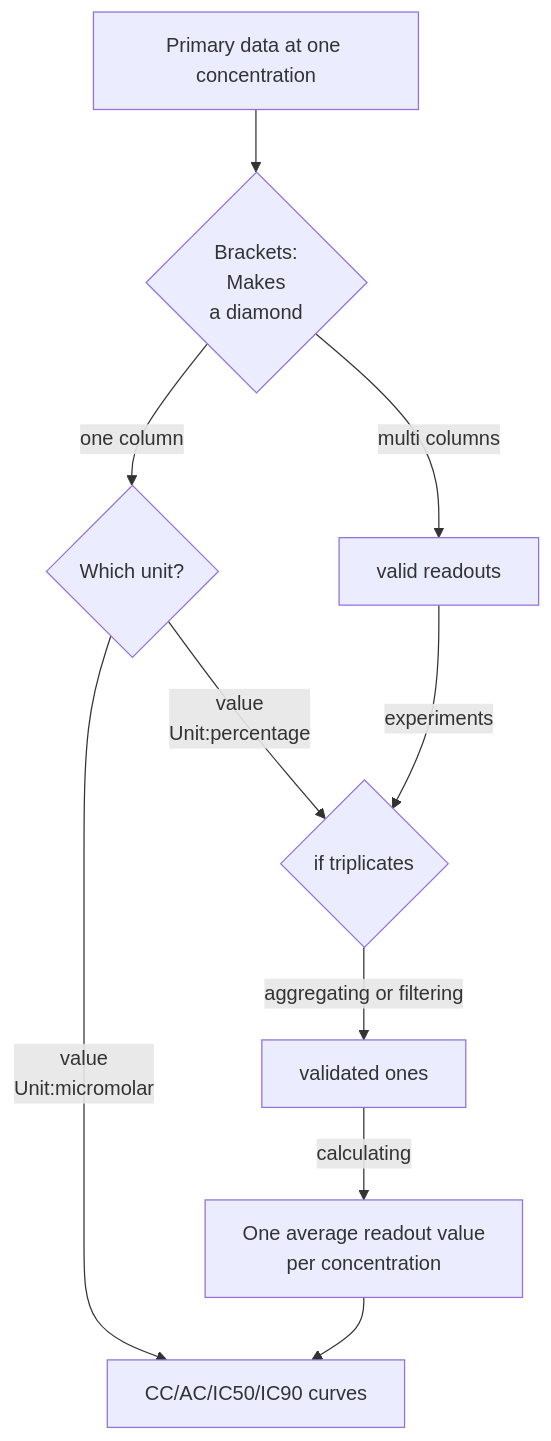
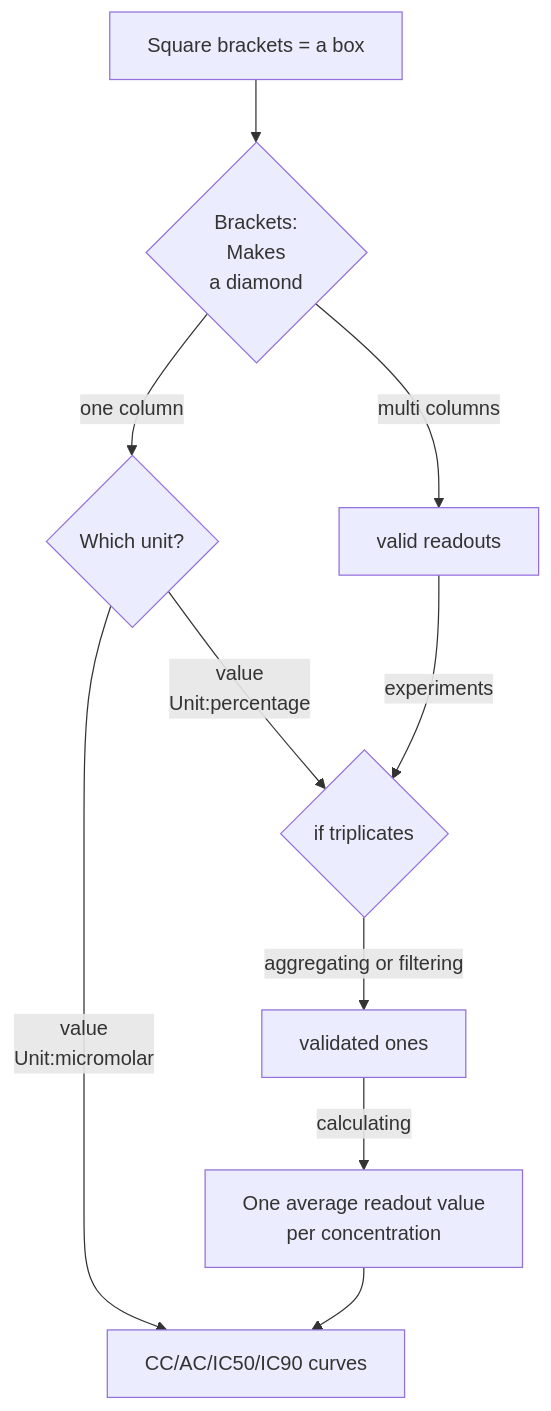
The diagram in test.mmd (ronaldcornet/genealogy-cornet), drawn with Mermaid before and after one commit.

```diff
--- a/test.mmd
+++ b/test.mmd
@@ -1,11 +1,11 @@
 graph TD
 
-    A[Primary data at one concentration]-->B{Brackets: <br>Makes<br> a diamond}
+    A[Square brackets = a box]-->B{Brackets: <br>Makes<br> a diamond}
     B-->|one column|V{Which unit?}
     V-->|value <br> Unit:percentage|D
     V-->|value <br> Unit:micromolar|F
     B-->|multi columns|C[valid readouts]
     C-->|experiments|D{if triplicates}
     D-->|aggregating or filtering|E[validated ones]
     E--> |calculating|G[One average readout value <br> per concentration]
     G-->F[CC/AC/IC50/IC90 curves]
```
